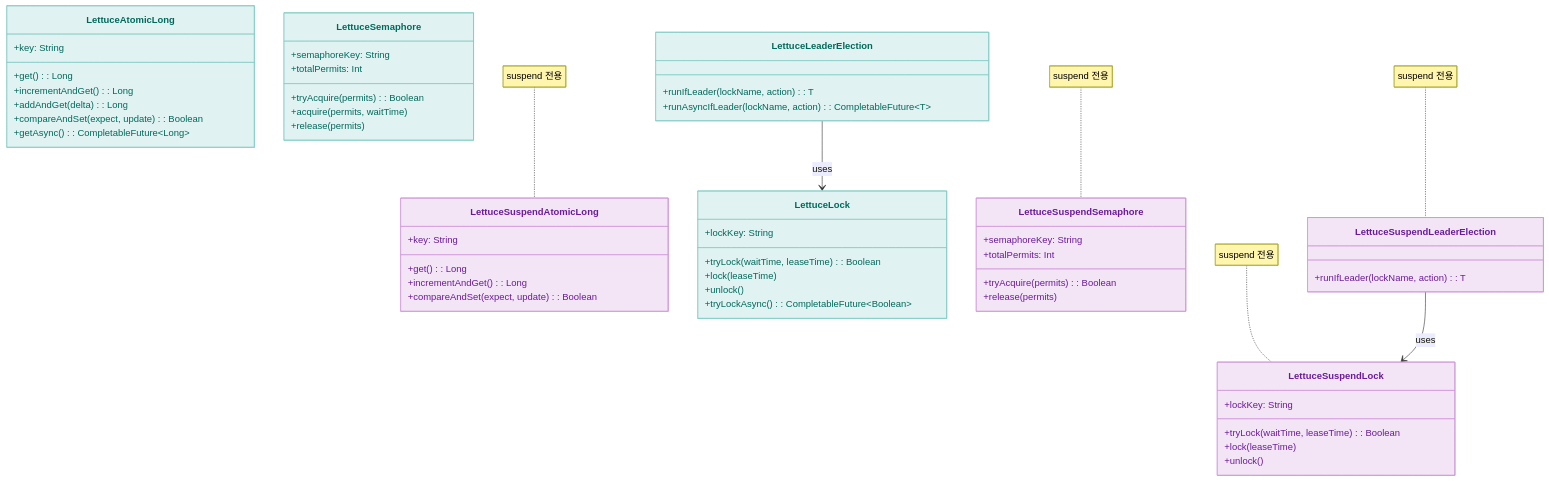
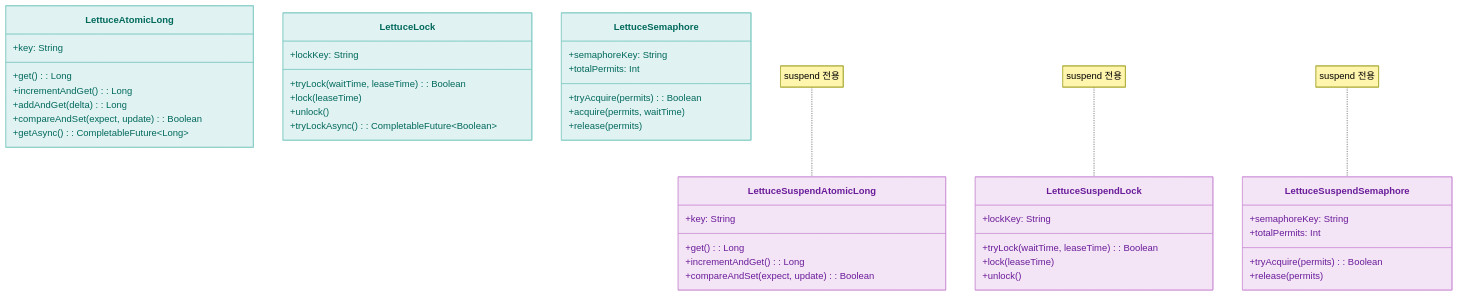
One commit to bluetape4k/bluetape4k-projects changed the first of 3 diagrams in infra/lettuce/README.ko.md. Above: the diagram before and after it, drawn with Mermaid. The commit also changed other lines of this file and 6 other files, not shown here.

First line of the commit message:
Harden lettuce RedisFuture contracts and docs (#372)

````diff
--- a/infra/lettuce/README.ko.md
+++ b/infra/lettuce/README.ko.md
@@ -448,70 +398,57 @@
 ```mermaid
 classDiagram
     class LettuceAtomicLong {
         +key: String
         +get(): Long
         +incrementAndGet(): Long
         +addAndGet(delta): Long
         +compareAndSet(expect, update): Boolean
         +getAsync(): CompletableFuture~Long~
     }
     class LettuceSuspendAtomicLong {
         +key: String
         +get(): Long
         +incrementAndGet(): Long
         +compareAndSet(expect, update): Boolean
     }
 
     class LettuceLock {
         +lockKey: String
         +tryLock(waitTime, leaseTime): Boolean
         +lock(leaseTime)
         +unlock()
         +tryLockAsync(): CompletableFuture~Boolean~
     }
     class LettuceSuspendLock {
         +lockKey: String
         +tryLock(waitTime, leaseTime): Boolean
         +lock(leaseTime)
         +unlock()
     }
 
     class LettuceSemaphore {
         +semaphoreKey: String
         +totalPermits: Int
         +tryAcquire(permits): Boolean
         +acquire(permits, waitTime)
         +release(permits)
     }
     class LettuceSuspendSemaphore {
         +semaphoreKey: String
         +totalPermits: Int
         +tryAcquire(permits): Boolean
         +release(permits)
     }
 
-    class LettuceLeaderElection {
-        +runIfLeader(lockName, action): T
-        +runAsyncIfLeader(lockName, action): CompletableFuture~T~
-    }
-    class LettuceSuspendLeaderElection {
-        +runIfLeader(lockName, action): T
-    }
-
-    LettuceLeaderElection --> LettuceLock: uses
-    LettuceSuspendLeaderElection --> LettuceSuspendLock: uses
     note for LettuceSuspendAtomicLong "suspend 전용"
     note for LettuceSuspendLock "suspend 전용"
     note for LettuceSuspendSemaphore "suspend 전용"
-    note for LettuceSuspendLeaderElection "suspend 전용"
 
     style LettuceAtomicLong fill:#E0F2F1,stroke:#80CBC4,color:#00695C
     style LettuceSuspendAtomicLong fill:#F3E5F5,stroke:#CE93D8,color:#6A1B9A
     style LettuceLock fill:#E0F2F1,stroke:#80CBC4,color:#00695C
     style LettuceSuspendLock fill:#F3E5F5,stroke:#CE93D8,color:#6A1B9A
     style LettuceSemaphore fill:#E0F2F1,stroke:#80CBC4,color:#00695C
     style LettuceSuspendSemaphore fill:#F3E5F5,stroke:#CE93D8,color:#6A1B9A
-    style LettuceLeaderElection fill:#E0F2F1,stroke:#80CBC4,color:#00695C
-    style LettuceSuspendLeaderElection fill:#F3E5F5,stroke:#CE93D8,color:#6A1B9A
 
 ```
````
